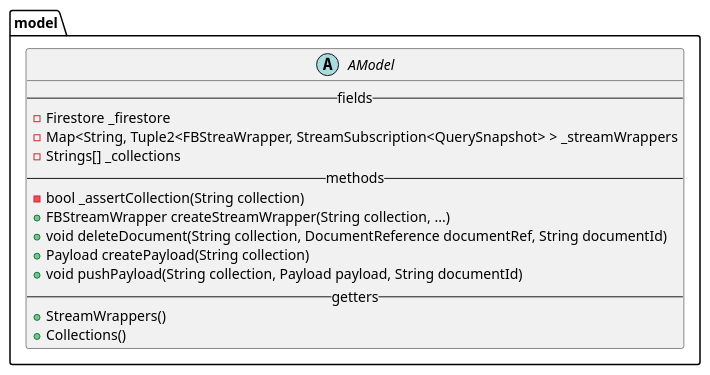
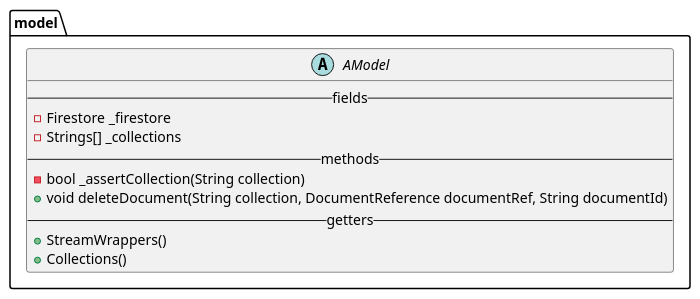
The diagram in doc/diagrams/src/AModel.md (Partner-SHIP/partnership-app), drawn with PlantUML before and after one commit. The commit also changed 12 other files, not shown here.

Commit message:
PLANT UML UPDATE

````diff
--- a/doc/diagrams/src/AModel.md
+++ b/doc/diagrams/src/AModel.md
@@ -1,23 +1,19 @@
 ```plantuml
 @startuml Model
 
 package model {
     abstract class AModel {
         --fields--
         - Firestore _firestore
-        - Map<String, Tuple2<FBStreaWrapper, StreamSubscription<QuerySnapshot> > _streamWrappers
         - Strings[] _collections
         -- methods --
         - bool _assertCollection(String collection)
-        + FBStreamWrapper createStreamWrapper(String collection, ...)
         + void deleteDocument(String collection, DocumentReference documentRef, String documentId)
-        + Payload createPayload(String collection)
-        + void pushPayload(String collection, Payload payload, String documentId)
         -- getters --
         + StreamWrappers()
         + Collections()
     }
 }
 
 @enduml
 ```
````
